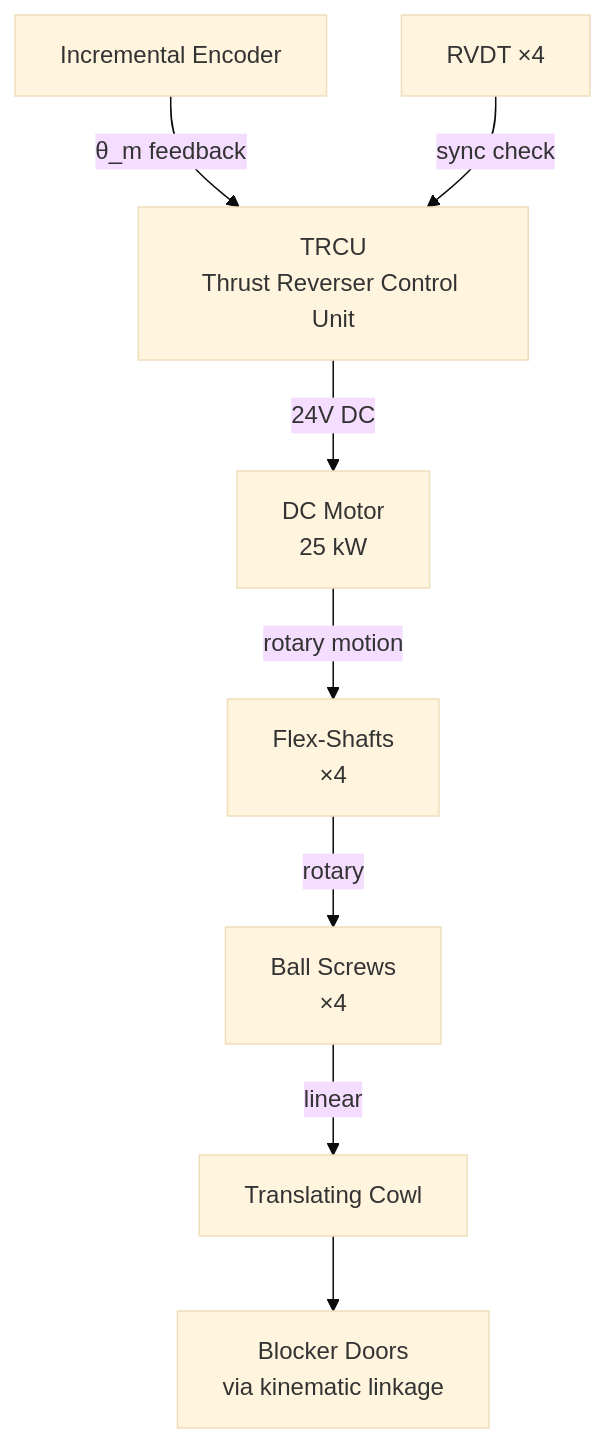
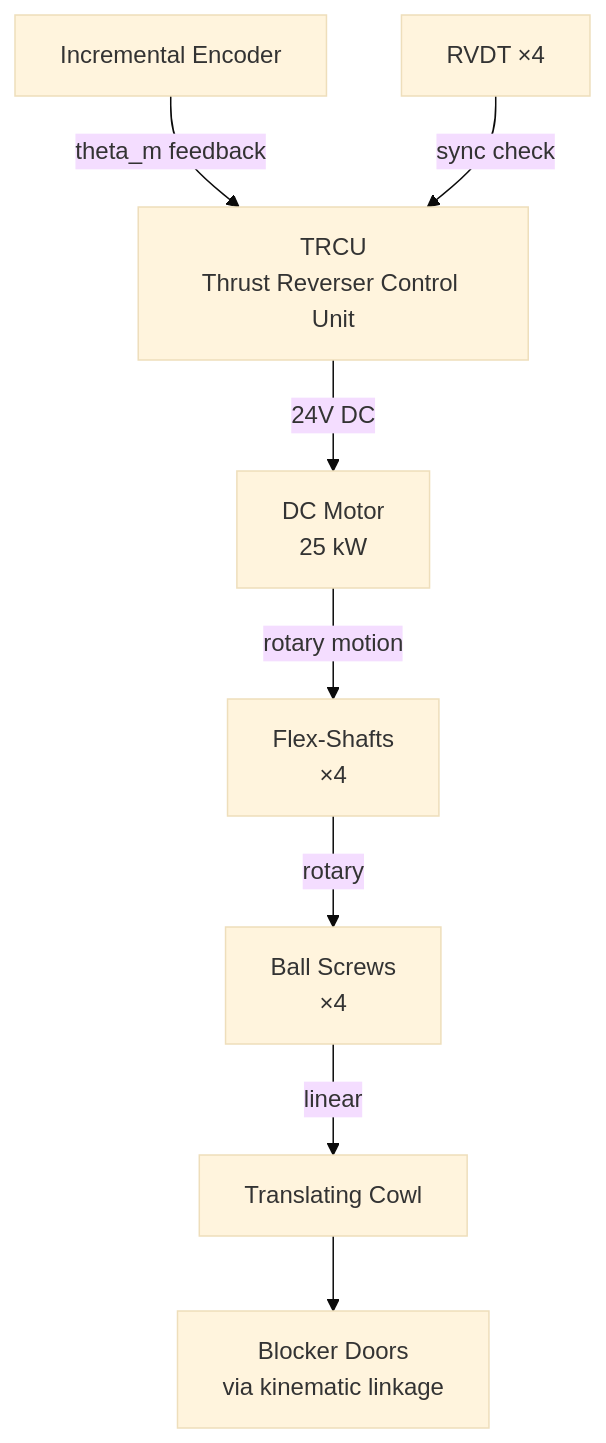
One commit to julietteC06/industrial-systems-analysis changed the second of 6 diagrams in thrust-reverser/README.md. Above: the diagram before and after it, drawn with Mermaid (base theme). The commit also changed other lines of this file and 3 other files, not shown here.

First line of the commit message:
Fix Mermaid diagrams: replace Unicode subscripts/Greek with ASCII

````diff
--- a/thrust-reverser/README.md
+++ b/thrust-reverser/README.md
@@ -49,11 +49,11 @@
 ```mermaid
 flowchart TD
     TRCU[TRCU<br>Thrust Reverser Control Unit] -->|24V DC| Motor[DC Motor<br>25 kW]
     Motor -->|rotary motion| FlexShaft[Flex-Shafts<br>×4]
     FlexShaft -->|rotary| BallScrew[Ball Screws<br>×4]
     BallScrew -->|linear| Cowl[Translating Cowl]
     Cowl --> BlockerDoors[Blocker Doors<br>via kinematic linkage]
 
-    Encoder[Incremental Encoder] -->|θ_m feedback| TRCU
+    Encoder[Incremental Encoder] -->|theta_m feedback| TRCU
     RVDT[RVDT ×4] -->|sync check| TRCU
 ```
````
